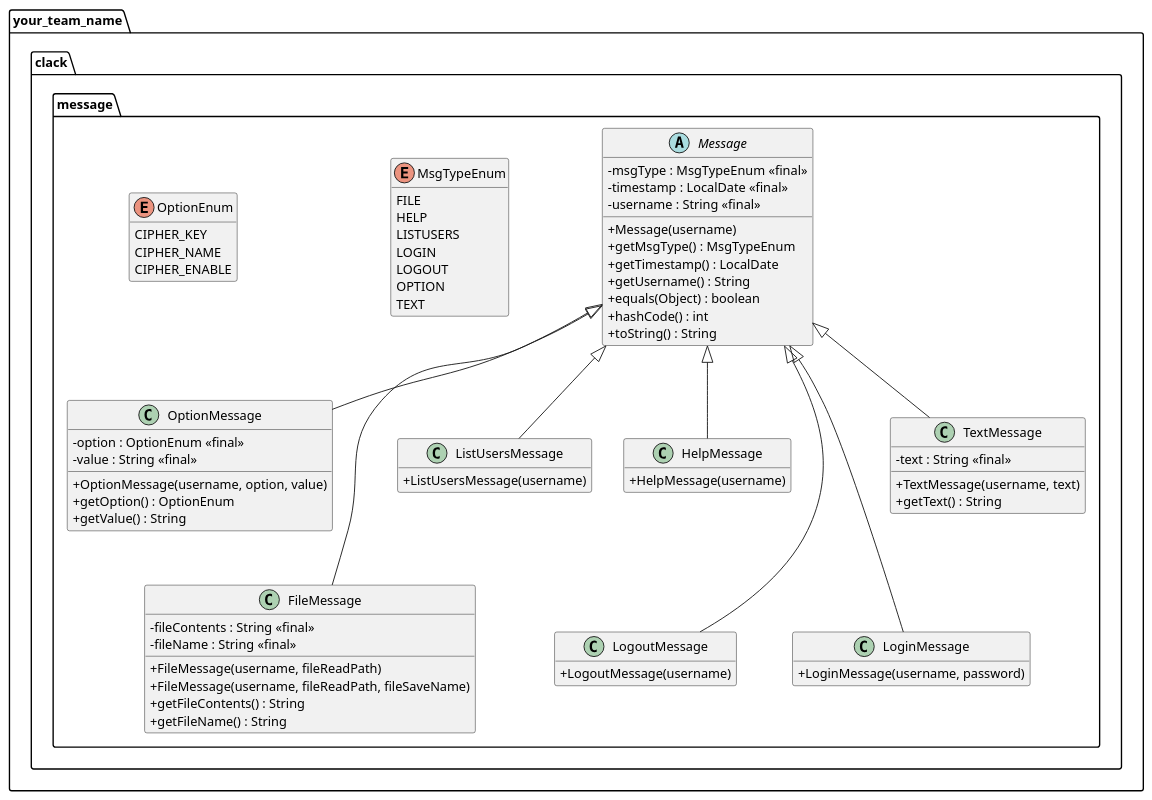
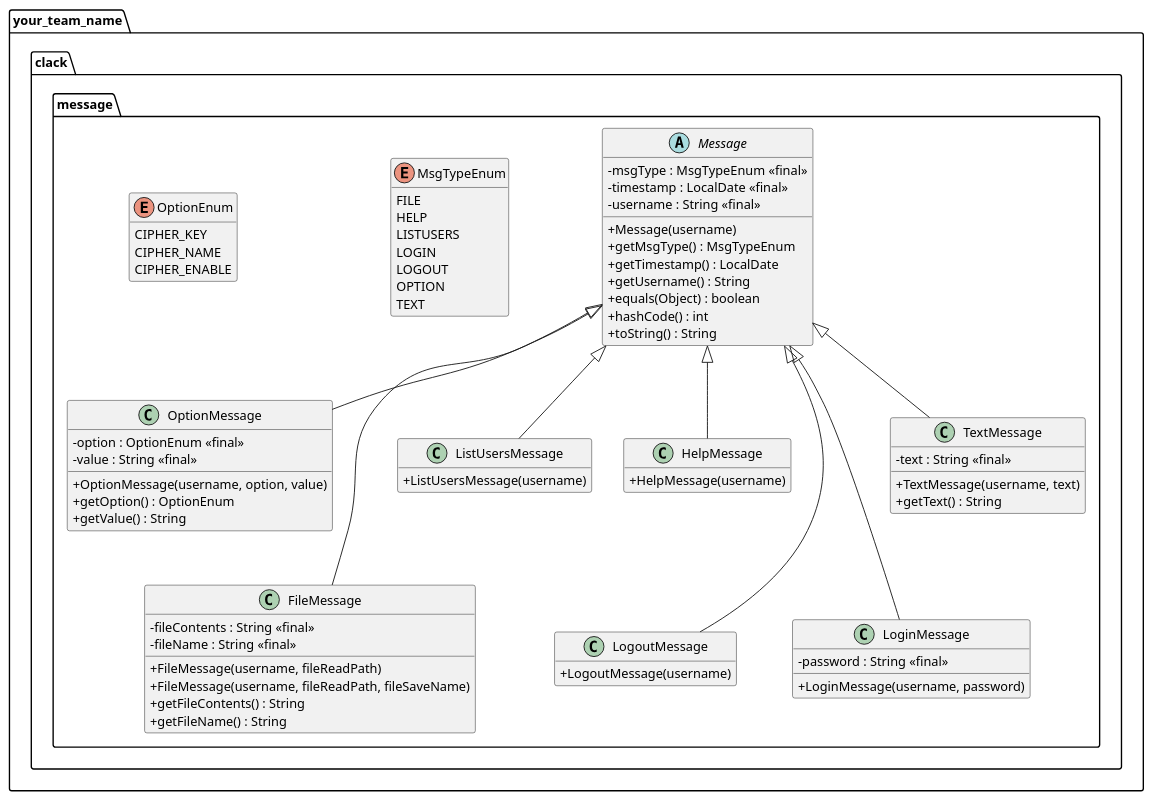
Before and after one commit to dtuinstr/clack2: the diagram in design/message_design.puml, drawn with PlantUML.

Commit message:
Message design: add password field for LoginMessage. [V. Cifone]

```diff
--- a/design/message_design.puml
+++ b/design/message_design.puml
@@ -1,87 +1,88 @@
 @startuml
 skinparam classAttributeIconSize 0
 hide empty members
 
 package your_team_name.clack.message{
     Message <|-- OptionMessage
     Message <|-- FileMessage
     Message <|-- ListUsersMessage
     Message <|-- HelpMessage
     Message <|-- LogoutMessage
     Message <|-- LoginMessage
     Message <|-- TextMessage
 
     OptionMessage --[hidden] FileMessage
     ListUsersMessage --[hidden] LogoutMessage
     TextMessage --[hidden] LoginMessage
 
     enum MsgTypeEnum {
         FILE
         HELP
         LISTUSERS
         LOGIN
         LOGOUT
         OPTION
         TEXT
     }
 
     enum OptionEnum {
         CIPHER_KEY
         CIPHER_NAME
         CIPHER_ENABLE
     }
 
     abstract class Message {
         - msgType : MsgTypeEnum <<final>>
         - timestamp : LocalDate <<final>>
         - username : String <<final>>
         + Message(username)
         + getMsgType() : MsgTypeEnum
         + getTimestamp() : LocalDate
         + getUsername() : String
         + equals(Object) : boolean
         + hashCode() : int
         + toString() : String
     }
 
     class OptionMessage {
         - option : OptionEnum <<final>>
         - value : String <<final>>
         + OptionMessage(username, option, value)
         + getOption() : OptionEnum
         + getValue() : String
     }
 
     class FileMessage {
         - fileContents : String <<final>>
         - fileName : String <<final>>
         + FileMessage(username, fileReadPath)
         + FileMessage(username, fileReadPath, fileSaveName)
         + getFileContents() : String
         + getFileName() : String
     }
 
     class HelpMessage {
     + HelpMessage(username)
     }
 
     class ListUsersMessage {
         + ListUsersMessage(username)
     }
 
     class LoginMessage {
+        - password : String <<final>>
         + LoginMessage(username, password)
     }
 
     class LogoutMessage {
         + LogoutMessage(username)
     }
 
     class TextMessage {
         - text : String <<final>>
         + TextMessage(username, text)
         + getText() : String
     }
 }
 
 @enduml
```
